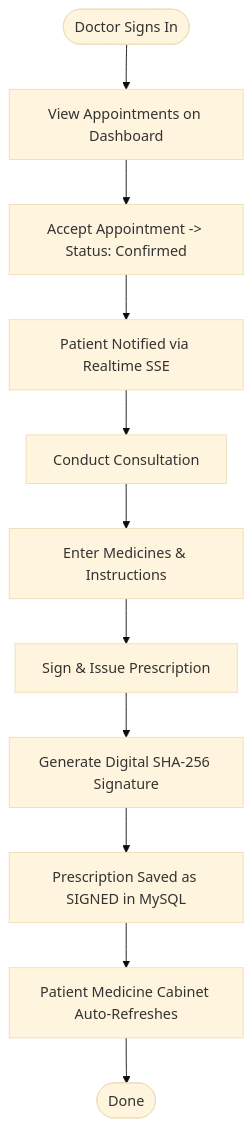
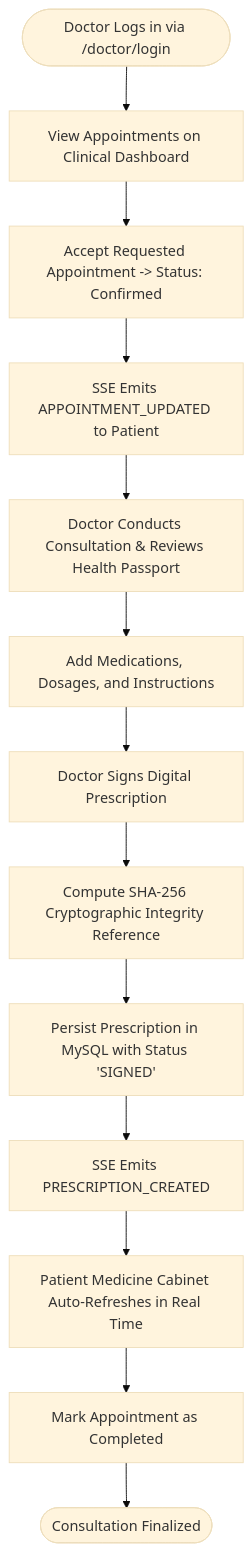
The fourth of 7 diagrams in SYSTEM_DIAGRAMS.md (sarthakmandhare34/New-LifeLink-Smart-Healthcare-Assistance-Platform), drawn with Mermaid (base theme) before and after one commit. The commit also changed other lines of this file and 7 other files, not shown here.

Commit message:
docs: comprehensive update of project documentation, diagrams, and implementation reports

````diff
--- a/SYSTEM_DIAGRAMS.md
+++ b/SYSTEM_DIAGRAMS.md
@@ -281,13 +306,15 @@
 ```mermaid
 flowchart TD
-    DocStart([Doctor Signs In]) --> DocQueue[View Appointments on Dashboard]
-    DocQueue --> AcceptAppt[Accept Appointment -> Status: Confirmed]
-    AcceptAppt --> Notify[Patient Notified via Realtime SSE]
-    Notify --> Consult[Conduct Consultation]
-    Consult --> ComposeRx[Enter Medicines & Instructions]
-    ComposeRx --> SignRx[Sign & Issue Prescription]
-    SignRx --> GenHash[Generate Digital SHA-256 Signature]
-    GenHash --> SaveRx[Prescription Saved as SIGNED in MySQL]
-    SaveRx --> SyncCabinet[Patient Medicine Cabinet Auto-Refreshes]
-    SyncCabinet --> DocEnd([Done])
+    DocLogin([Doctor Logs in via /doctor/login]) --> DocDash[View Appointments on Clinical Dashboard]
+    DocDash --> AcceptAppt[Accept Requested Appointment -> Status: Confirmed]
+    AcceptAppt --> NotifyPatient[SSE Emits APPOINTMENT_UPDATED to Patient]
+    NotifyPatient --> Consult[Doctor Conducts Consultation & Reviews Health Passport]
+    Consult --> WriteRx[Add Medications, Dosages, and Instructions]
+    WriteRx --> SignRx[Doctor Signs Digital Prescription]
+    SignRx --> ComputeHash[Compute SHA-256 Cryptographic Integrity Reference]
+    ComputeHash --> SaveRx[Persist Prescription in MySQL with Status 'SIGNED']
+    SaveRx --> EmitRxSSE[SSE Emits PRESCRIPTION_CREATED]
+    EmitRxSSE --> SyncCabinet[Patient Medicine Cabinet Auto-Refreshes in Real Time]
+    SyncCabinet --> CompleteAppt[Mark Appointment as Completed]
+    CompleteAppt --> Done([Consultation Finalized])
 ```
````
